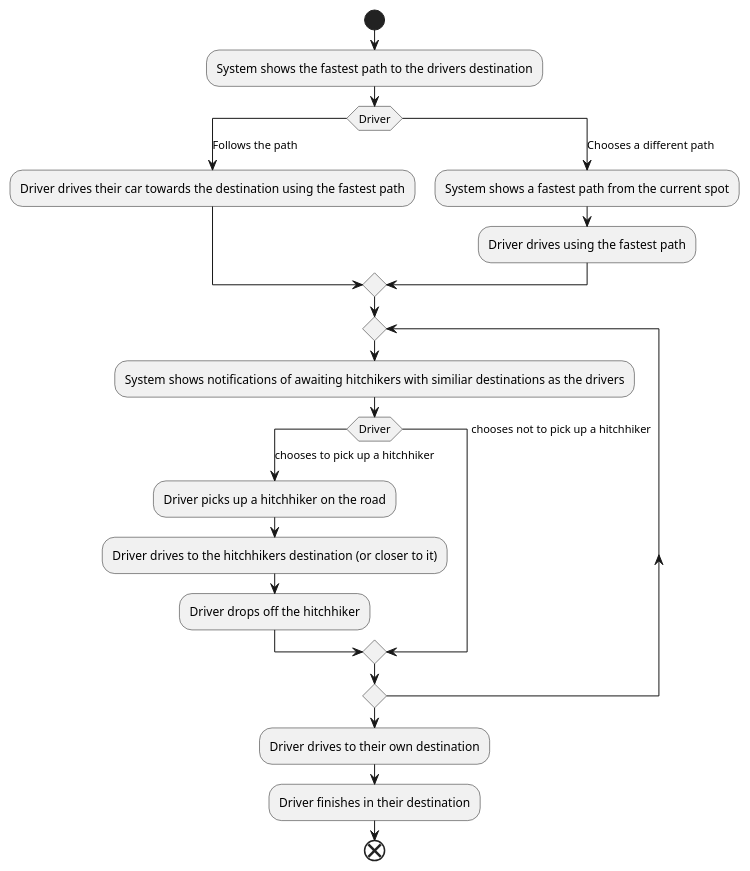
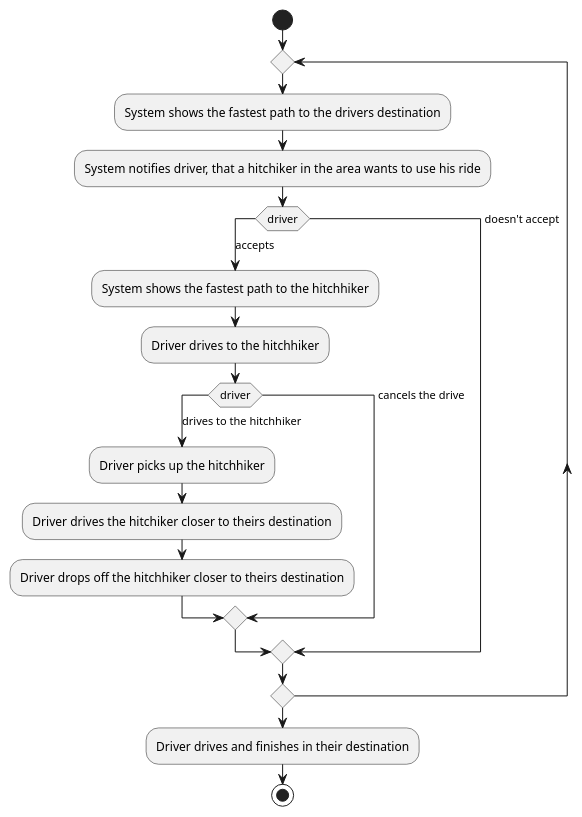
Before and after one commit to Kruchji/NSWI041: the diagram in documentation/uml/uml-activity-diagram-uc-010.plantuml, drawn with PlantUML. The commit also changed 1 other file, not shown here.

```diff
--- a/documentation/uml/uml-activity-diagram-uc-010.plantuml
+++ b/documentation/uml/uml-activity-diagram-uc-010.plantuml
@@ -1,24 +1,22 @@
 @startuml
 start
+repeat
 :System shows the fastest path to the drivers destination;
-switch(Driver)
-    case(Follows the path)
-    :Driver drives their car towards the destination using the fastest path;
-    case(Chooses a different path)
-    :System shows a fastest path from the current spot;
-    :Driver drives using the fastest path;
+:System notifies driver, that a hitchiker in the area wants to use his ride;
+switch(driver)
+case(accepts)
+:System shows the fastest path to the hitchhiker;
+:Driver drives to the hitchhiker;
+switch(driver)
+case(drives to the hitchhiker)
+:Driver picks up the hitchhiker;
+:Driver drives the hitchiker closer to theirs destination;
+:Driver drops off the hitchhiker closer to theirs destination;
+case(cancels the drive)
 endswitch
-repeat
-:System shows notifications of awaiting hitchikers with similiar destinations as the drivers;
-    switch(Driver)
-    case(chooses to pick up a hitchhiker)
-    :Driver picks up a hitchhiker on the road;
-    :Driver drives to the hitchhikers destination (or closer to it);
-    :Driver drops off the hitchhiker;
-    case(chooses not to pick up a hitchhiker)
-    endswitch
-repeat while 
-:Driver drives to their own destination;
-:Driver finishes in their destination;
-end
+case(doesn't accept)
+endswitch
+repeat while
+:Driver drives and finishes in their destination;
+stop
 @enduml
```
